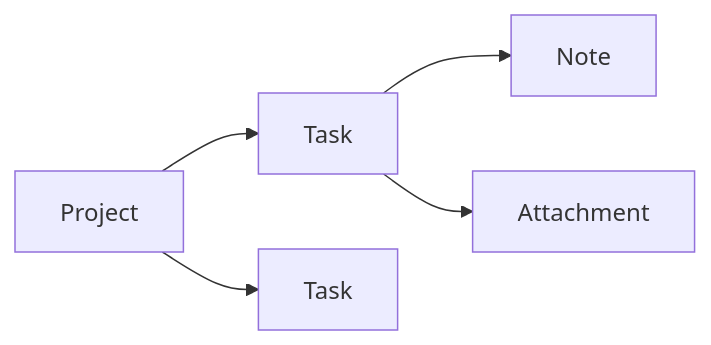
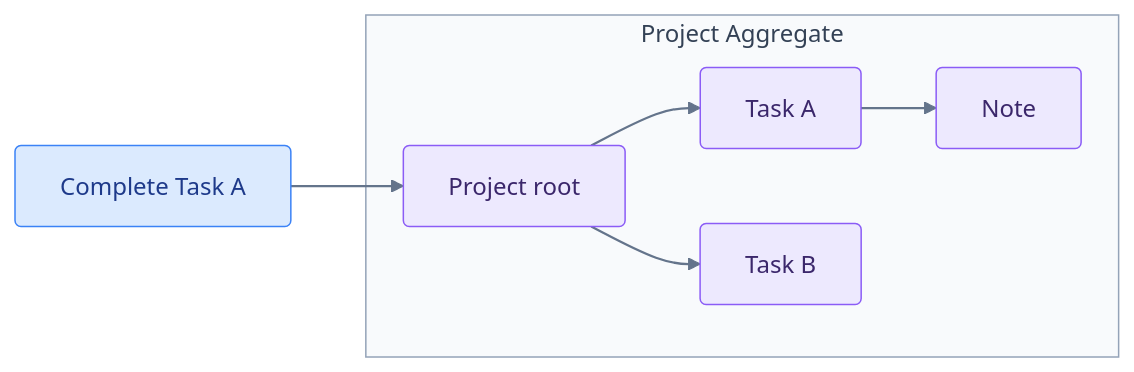
Before and after one commit to fluxzero-io/fluxzero-sdk-java: the diagram in docs/developer/getting-started/fluxzero-2-overview.mdx, drawn with Mermaid. The commit also changed other lines of this file and 4 other files, not shown here.

First line of the commit message:
docs(modeling): explain the 2.0 boundaries with focused diagrams

````diff
--- a/docs/developer/getting-started/fluxzero-2-overview.mdx
+++ b/docs/developer/getting-started/fluxzero-2-overview.mdx
@@ -23,7 +52,18 @@
 ```mermaid
 flowchart LR
-    P[Project] --> T1[Task]
-    P --> T2[Task]
-    T1 --> N[Note]
-    T1 --> A[Attachment]
+    C[Complete Task A]
+
+    subgraph aggregate["Project Aggregate"]
+        P[Project root] --> A[Task A]
+        P --> B[Task B]
+        A --> N[Note]
+    end
+
+    C --> P
+    classDef command fill:#dbeafe,stroke:#3b82f6,color:#1e3a8a,rx:4,ry:4
+    classDef entity fill:#ede9fe,stroke:#8b5cf6,color:#3b276b,rx:4,ry:4
+    class C command
+    class P,A,B,N entity
+    style aggregate fill:#f8fafc,stroke:#94a3b8,color:#334155
+    linkStyle default stroke:#64748b,stroke-width:1.5px
 ```
````
